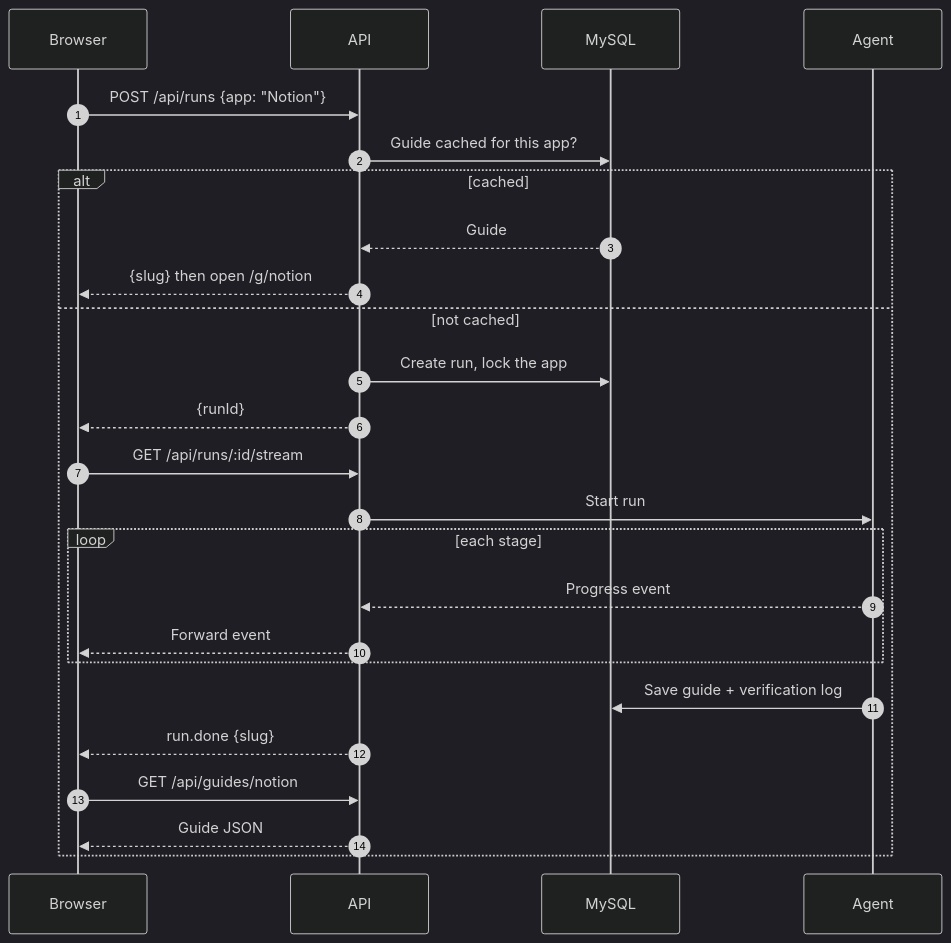
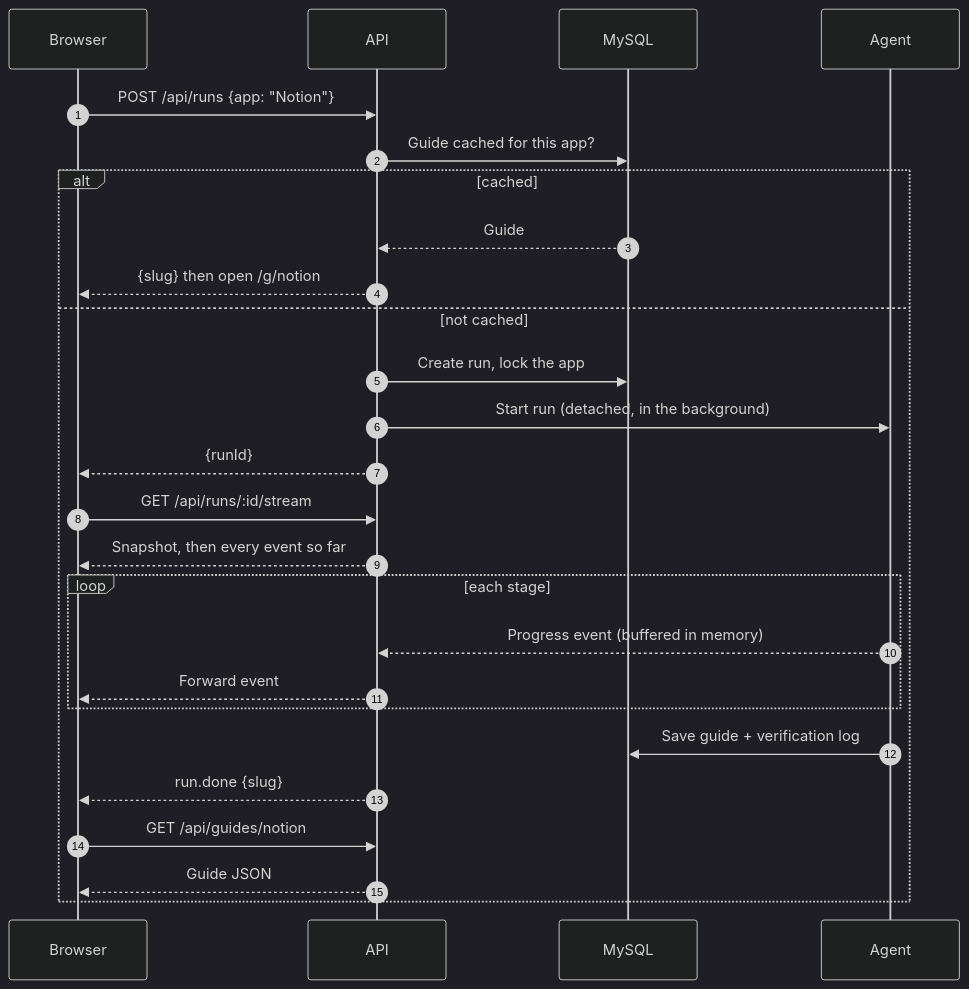
Before and after one commit to sahil-ladhania/stamp: the second of 2 diagrams in docs/product-architecture.md, drawn with Mermaid (dark theme). The commit also changed other lines of this file and 2 other files, not shown here.

First line of the commit message:
docs: describe detached runs, replay buffer and cap ordering

````diff
--- a/docs/product-architecture.md
+++ b/docs/product-architecture.md
@@ -73,28 +73,29 @@
 ```mermaid
 sequenceDiagram
     autonumber
     participant B as Browser
     participant A as API
     participant D as MySQL
     participant G as Agent
 
     B->>A: POST /api/runs {app: "Notion"}
     A->>D: Guide cached for this app?
     alt cached
         D-->>A: Guide
         A-->>B: {slug} then open /g/notion
     else not cached
         A->>D: Create run, lock the app
+        A->>G: Start run (detached, in the background)
         A-->>B: {runId}
         B->>A: GET /api/runs/:id/stream
-        A->>G: Start run
+        A-->>B: Snapshot, then every event so far
         loop each stage
-            G-->>A: Progress event
+            G-->>A: Progress event (buffered in memory)
             A-->>B: Forward event
         end
         G->>D: Save guide + verification log
         A-->>B: run.done {slug}
         B->>A: GET /api/guides/notion
         A-->>B: Guide JSON
     end
 ```
````
